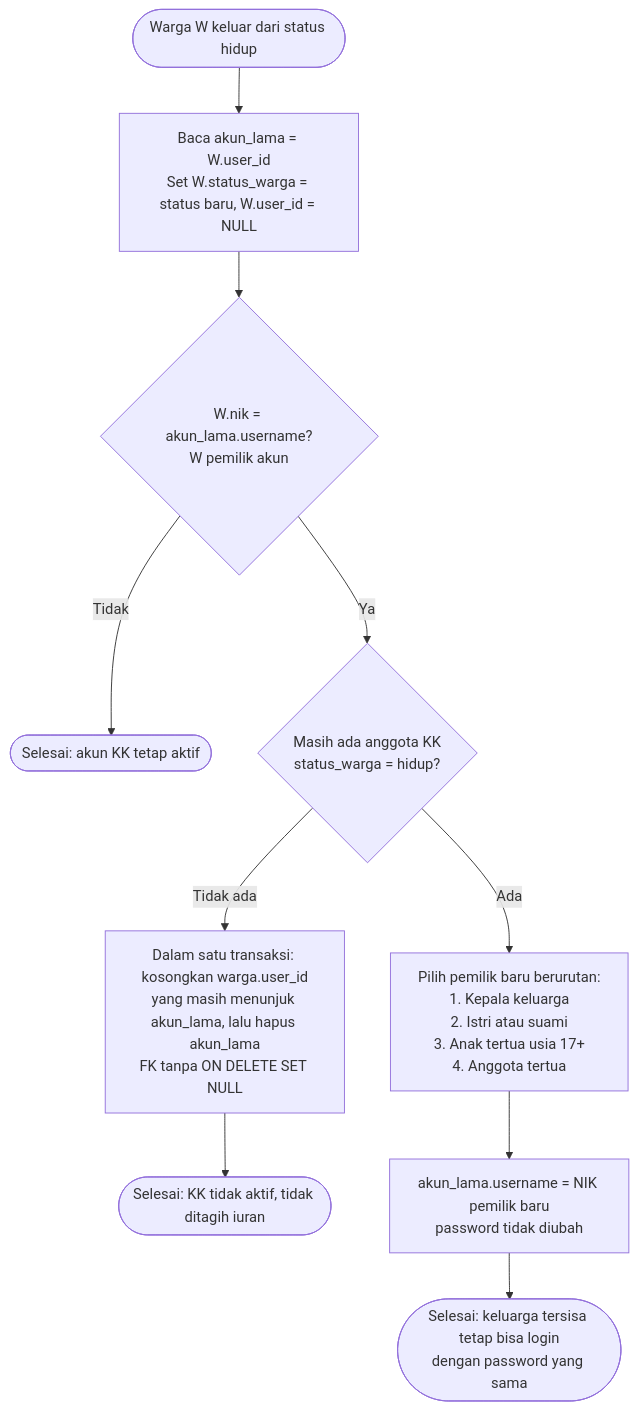
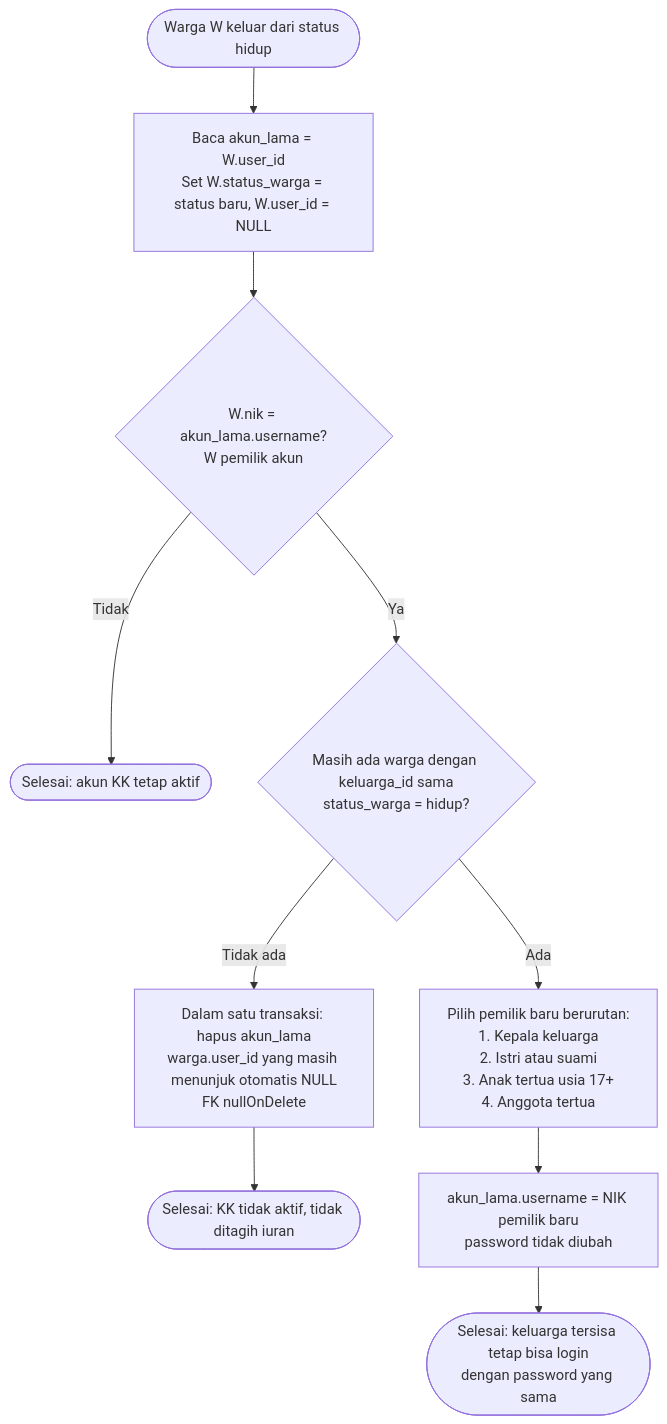
Before and after one commit to MUMUHR/WargaKu: the eighth of 11 diagrams in Diagram_Arsitektur_Workflow_WargaKu.md, drawn with Mermaid. The commit also changed other lines of this file and 29 other files, not shown here.

````diff
--- a/Diagram_Arsitektur_Workflow_WargaKu.md
+++ b/Diagram_Arsitektur_Workflow_WargaKu.md
@@ -309,15 +317,15 @@
 ```mermaid
 flowchart TD
     Start(["Warga W keluar dari status hidup"]) --> SetStatus["Baca akun_lama = W.user_id<br/>Set W.status_warga = status baru, W.user_id = NULL"]
     SetStatus --> CekOwner{"W.nik = akun_lama.username?<br/>W pemilik akun"}
 
     CekOwner -- "Tidak" --> Selesai(["Selesai: akun KK tetap aktif"])
-    CekOwner -- "Ya" --> Sisa{"Masih ada anggota KK<br/>status_warga = hidup?"}
+    CekOwner -- "Ya" --> Sisa{"Masih ada warga dengan keluarga_id sama<br/>status_warga = hidup?"}
 
-    Sisa -- "Tidak ada" --> Hapus["Dalam satu transaksi: kosongkan warga.user_id<br/>yang masih menunjuk akun_lama, lalu hapus akun_lama<br/>FK tanpa ON DELETE SET NULL"]
+    Sisa -- "Tidak ada" --> Hapus["Dalam satu transaksi: hapus akun_lama<br/>warga.user_id yang masih menunjuk otomatis NULL<br/>FK nullOnDelete"]
     Hapus --> Selesai2(["Selesai: KK tidak aktif, tidak ditagih iuran"])
 
     Sisa -- "Ada" --> Pilih["Pilih pemilik baru berurutan:<br/>1. Kepala keluarga<br/>2. Istri atau suami<br/>3. Anak tertua usia 17+<br/>4. Anggota tertua"]
     Pilih --> Ganti["akun_lama.username = NIK pemilik baru<br/>password tidak diubah"]
     Ganti --> Selesai3(["Selesai: keluarga tersisa tetap bisa login<br/>dengan password yang sama"])
 ```
````
